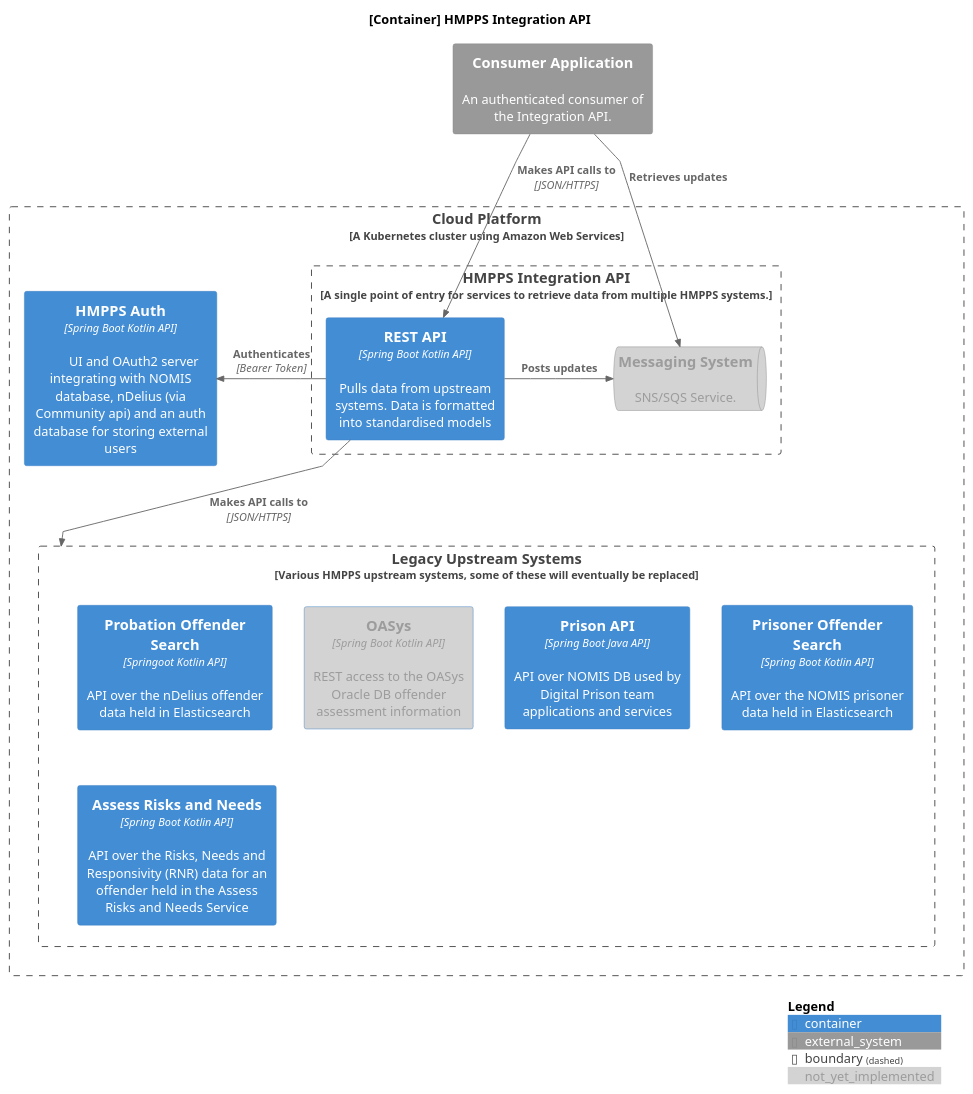
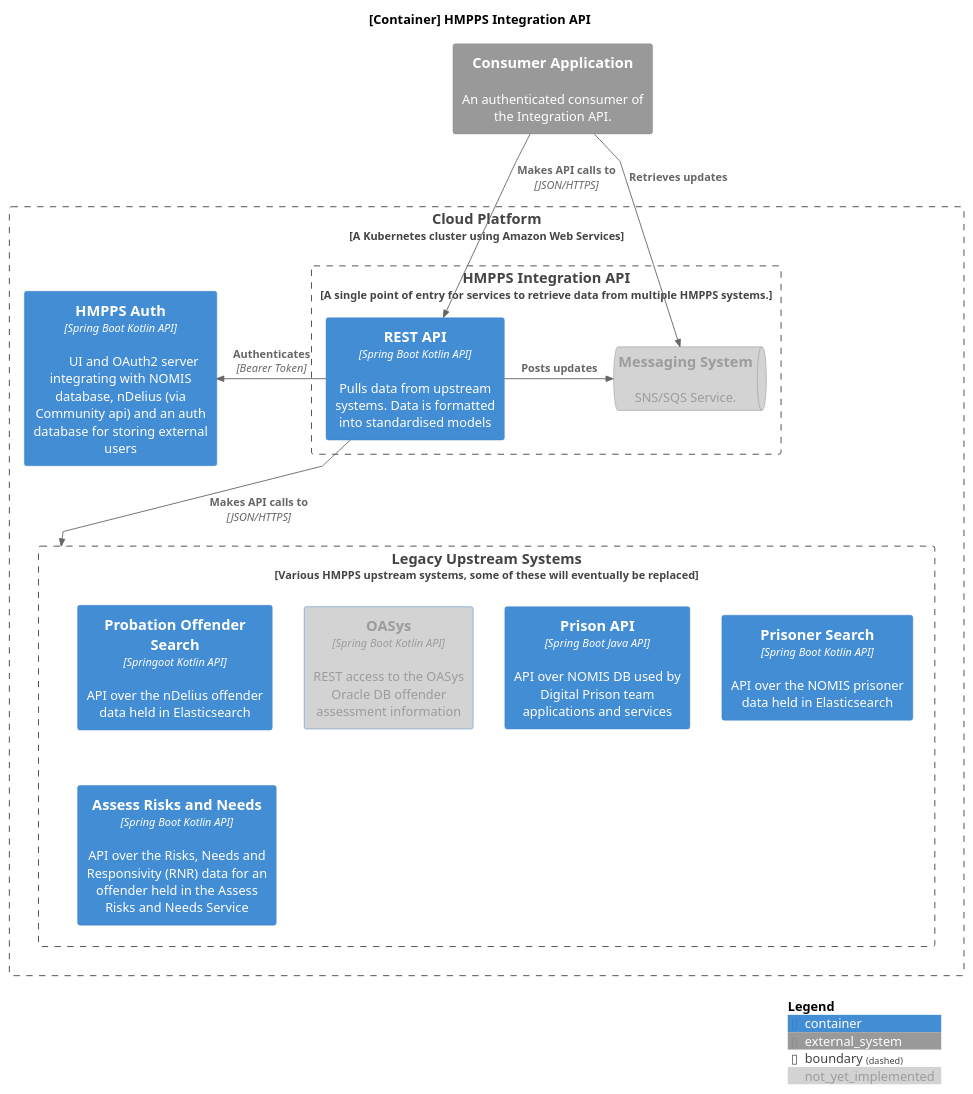
Before and after one commit to ministryofjustice/hmpps-integration-api: the diagram in docs/diagrams/container.puml, drawn with PlantUML. The commit also changed 5 other files, not shown here.

Commit message:
Rename Prisoner Offender Search to Prisoner Search in docs and Docker

```diff
--- a/docs/diagrams/container.puml
+++ b/docs/diagrams/container.puml
@@ -1,39 +1,39 @@
 @startuml container
 
 !include https://raw.githubusercontent.com/plantuml-stdlib/C4-PlantUML/master/C4_Container.puml
 
 skinparam linetype polyline
 
 title [Container] HMPPS Integration API
 
 AddElementTag("not_yet_implemented", $bgColor="#D3D3D3", $fontColor="#9C9C9C")
 
 System_Ext(consumer, "Consumer Application", "An authenticated consumer of the Integration API.")
 
 Boundary(aws_cloudplatform, "Cloud Platform", "A Kubernetes cluster using Amazon Web Services", $link="https://user-guide.cloud-platform.service.justice.gov.uk/documentation/concepts/cp-tech-overview.html") {
     Boundary(hmpps_integration_api, "HMPPS Integration API", "A single point of entry for services to retrieve data from multiple HMPPS systems."){
         Container(spring_boot_api, "REST API", "Spring Boot Kotlin API", "Pulls data from upstream systems. Data is formatted into standardised models", $link="https://github.com/ministryofjustice/hmpps-integration-api")
         SystemQueue_Ext(messaging, "Messaging System", "SNS/SQS Service.",$tags="not_yet_implemented")
     }
 
     Container(hmpps_auth, "HMPPS Auth", "Spring Boot Kotlin API", "	UI and OAuth2 server integrating with NOMIS database, nDelius (via Community api) and an auth database for storing external users", $link="https://github.com/ministryofjustice/hmpps-auth")
 
     Boundary(upstream, "Legacy Upstream Systems", "Various HMPPS upstream systems, some of these will eventually be replaced"){
         Container(prison_api, "Prison API", "Spring Boot Java API", "API over NOMIS DB used by Digital Prison team applications and services", $link="https://github.com/ministryofjustice/prison-api")
         Container(probation_offender_search, "Probation Offender Search", "Springoot Kotlin API", "API over the nDelius offender data held in Elasticsearch", $link="https://probation-offender-search-dev.hmpps.service.justice.gov.uk/swagger-ui/index.html")
-        Container(prison_offender_search, "Prisoner Offender Search", "Spring Boot Kotlin API", "API over the NOMIS prisoner data held in Elasticsearch", $link="https://github.com/ministryofjustice/prisoner-offender-search")
+        Container(prisoner_search, "Prisoner Search", "Spring Boot Kotlin API", "API over the NOMIS prisoner data held in Elasticsearch", $link="https://github.com/ministryofjustice/hmpps-prisoner-search")
         Container(oasys, "OASys", "Spring Boot Kotlin API", "REST access to the OASys Oracle DB offender assessment information", $link="https://github.com/ministryofjustice/offender-assessments-api-kotlin", $tags="not_yet_implemented")
         Container(oasys_arn, "Assess Risks and Needs", "Spring Boot Kotlin API", "API over the Risks, Needs and Responsivity (RNR) data for an offender held in the Assess Risks and Needs Service", $link="https://github.com/ministryofjustice/hmpps-assess-risks-and-needs")
-        Lay_L(prison_offender_search, prison_api)
+        Lay_L(prisoner_search, prison_api)
     }
 }
 
 Rel(consumer, spring_boot_api, "Makes API calls to", "JSON/HTTPS")
 Rel(consumer, messaging, "Retrieves updates")
 Rel_Right(spring_boot_api, messaging, "Posts updates")
 Rel_Right(spring_boot_api, hmpps_auth, "Authenticates", "Bearer Token")
 Rel_Down(spring_boot_api, upstream, "Makes API calls to", "JSON/HTTPS")
 
 SHOW_DYNAMIC_LEGEND()
 
 @enduml
```
